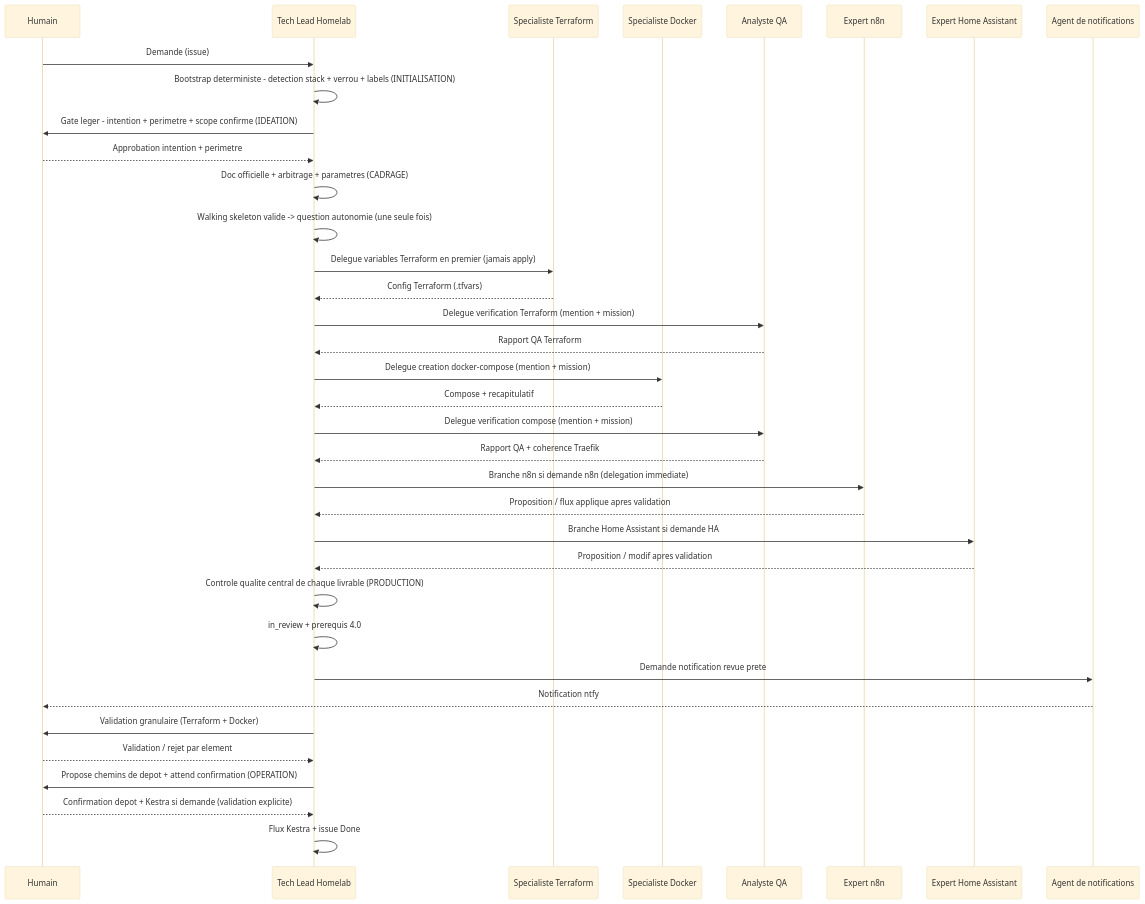
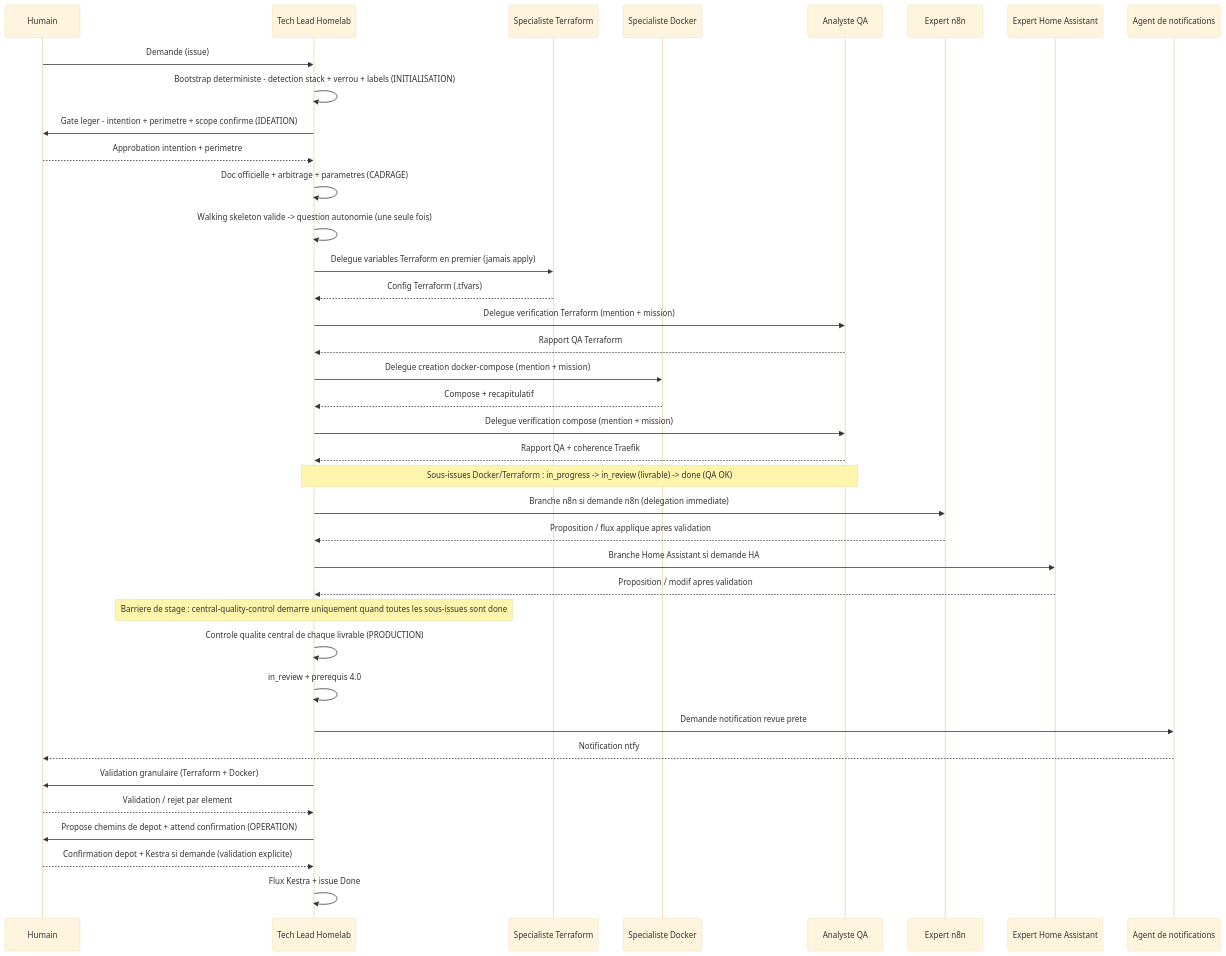
Before and after one commit to Gsyltc/homelab-portfolio: the second of 2 diagrams in homelab/common/conductor.md, drawn with Mermaid (base theme). The commit also changed other lines of this file and 6 other files, not shown here.

First line of the commit message:
docs(homelab): cycle de statut des sous-issues spécialistes + barrière central-quality-control (ORIG-94)

````diff
--- a/homelab/common/conductor.md
+++ b/homelab/common/conductor.md
@@ -163,39 +163,41 @@
 ```mermaid
 sequenceDiagram
     participant H as Humain
     participant S as Tech Lead Homelab
     participant An as Specialiste Terraform
     participant B as Specialiste Docker
     participant K as Analyste QA
     participant M as Expert n8n
     participant Hu as Expert Home Assistant
     participant AL as Agent de notifications
 
     H->>S: Demande (issue)
     S->>S: Bootstrap deterministe - detection stack + verrou + labels (INITIALISATION)
     S->>H: Gate leger - intention + perimetre + scope confirme (IDEATION)
     H-->>S: Approbation intention + perimetre
     S->>S: Doc officielle + arbitrage + parametres (CADRAGE)
     S->>S: Walking skeleton valide -> question autonomie (une seule fois)
     S->>An: Delegue variables Terraform en premier (jamais apply)
     An-->>S: Config Terraform (.tfvars)
     S->>K: Delegue verification Terraform (mention + mission)
     K-->>S: Rapport QA Terraform
     S->>B: Delegue creation docker-compose (mention + mission)
     B-->>S: Compose + recapitulatif
     S->>K: Delegue verification compose (mention + mission)
     K-->>S: Rapport QA + coherence Traefik
+    Note over S,K: Sous-issues Docker/Terraform : in_progress -> in_review (livrable) -> done (QA OK)
     S->>M: Branche n8n si demande n8n (delegation immediate)
     M-->>S: Proposition / flux applique apres validation
     S->>Hu: Branche Home Assistant si demande HA
     Hu-->>S: Proposition / modif apres validation
+    Note over S: Barriere de stage : central-quality-control demarre uniquement quand toutes les sous-issues sont done
     S->>S: Controle qualite central de chaque livrable (PRODUCTION)
     S->>S: in_review + prerequis 4.0
     S->>AL: Demande notification revue prete
     AL-->>H: Notification ntfy
     S->>H: Validation granulaire (Terraform + Docker)
     H-->>S: Validation / rejet par element
     S->>H: Propose chemins de depot + attend confirmation (OPERATION)
     H-->>S: Confirmation depot + Kestra si demande (validation explicite)
     S->>S: Flux Kestra + issue Done
 ```
````
